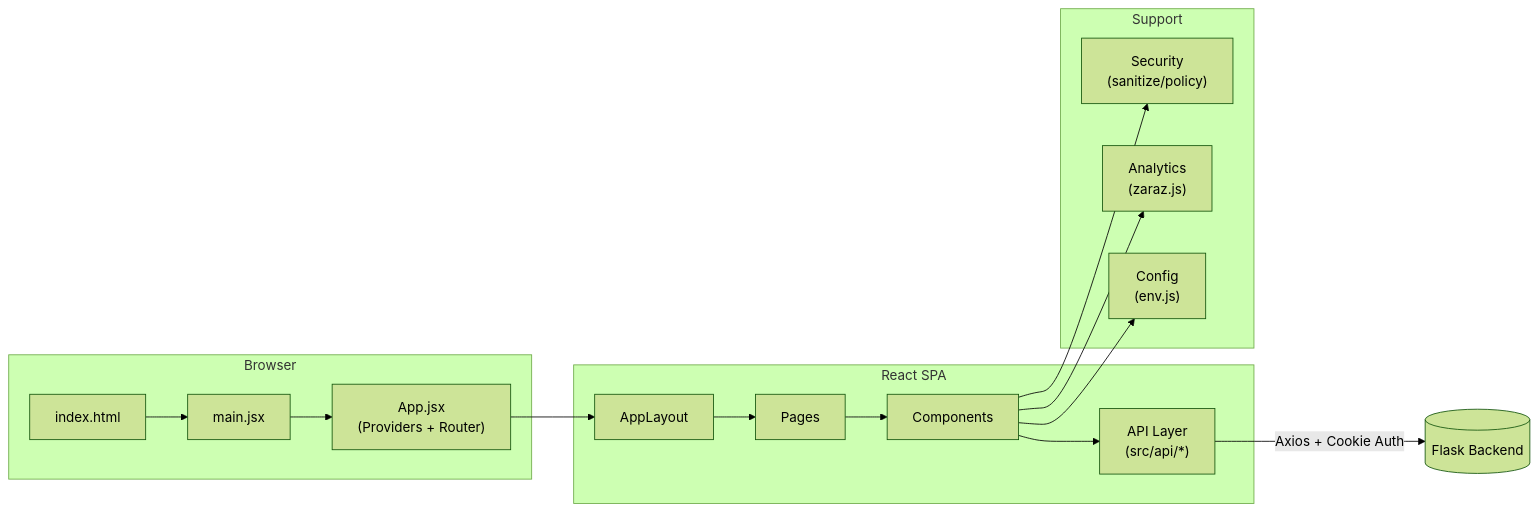
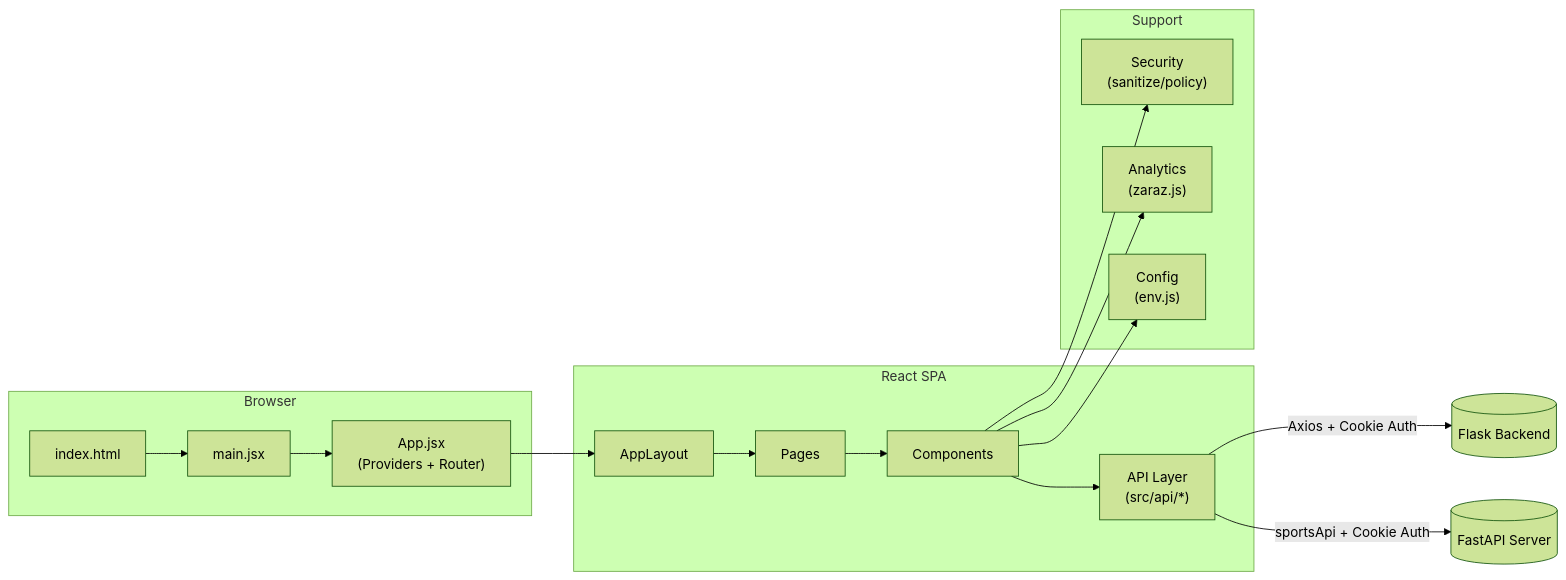
The first of 2 diagrams in frontend/README.md (hanjm-github/beomseo.in), drawn with Mermaid (forest theme) before and after one commit. The commit also changed other lines of this file and 44 other files, not shown here.

````diff
--- a/frontend/README.md
+++ b/frontend/README.md
@@ -18,25 +19,26 @@
 ```mermaid
 flowchart LR
     subgraph Browser
         A["index.html"] --> B["main.jsx"]
         B --> C["App.jsx\n(Providers + Router)"]
     end
 
     subgraph SPA["React SPA"]
         C --> D["AppLayout"]
         D --> E["Pages"]
         E --> F["Components"]
         F --> G["API Layer\n(src/api/*)"]
     end
 
     subgraph Support
         H["Security\n(sanitize/policy)"]
         I["Analytics\n(zaraz.js)"]
         J["Config\n(env.js)"]
     end
 
     G -->|"Axios + Cookie Auth"| K[("Flask Backend")]
+    G -->|"sportsApi + Cookie Auth"| L[("FastAPI Server")]
     F --> H
     F --> I
     F --> J
 ```
````
